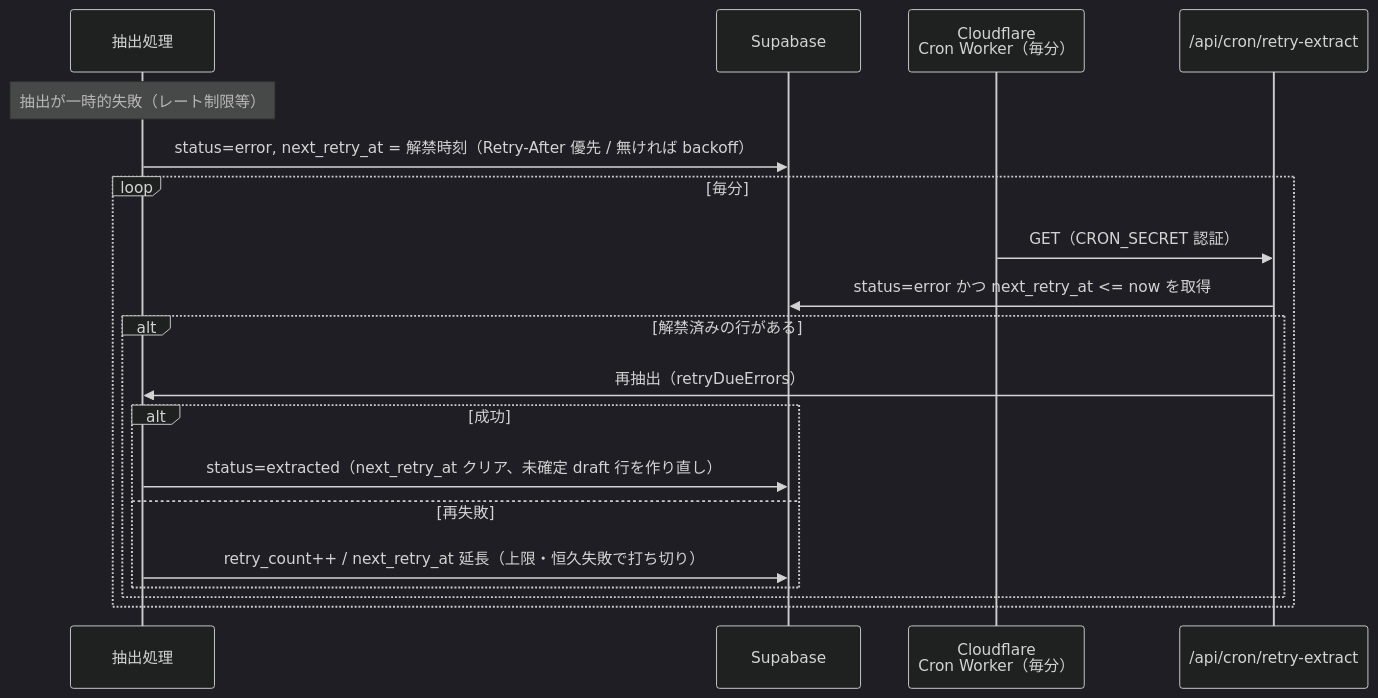
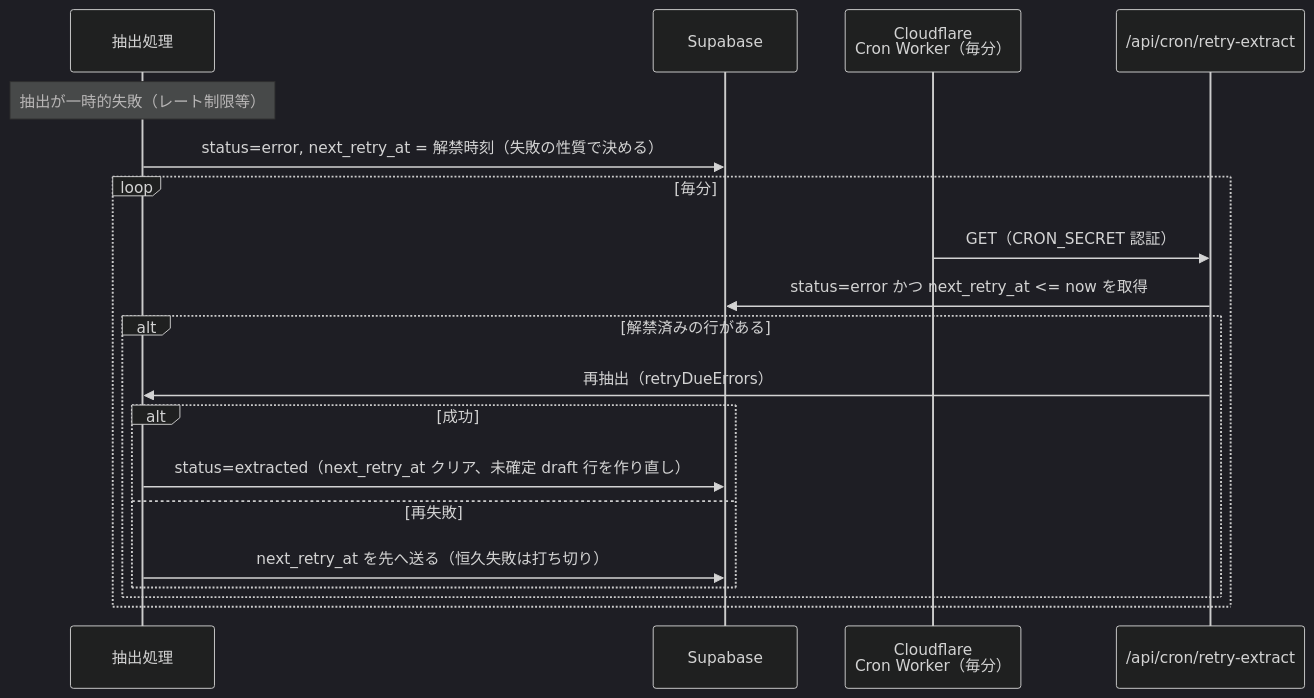
One commit to shidetake/triplot changed the second of 4 diagrams in docs/design/import-flow.md. Above: the diagram before and after it, drawn with Mermaid (dark theme). The commit also changed other lines of this file, not shown here.

````diff
--- a/docs/design/import-flow.md
+++ b/docs/design/import-flow.md
@@ -485,23 +485,23 @@
 ```mermaid
 sequenceDiagram
   participant API as 抽出処理
   participant DB as Supabase
   participant HB as Cloudflare<br/>Cron Worker（毎分）
   participant Cron as /api/cron/retry-extract
 
   Note over API: 抽出が一時的失敗（レート制限等）
-  API->>DB: status=error, next_retry_at = 解禁時刻（Retry-After 優先 / 無ければ backoff）
+  API->>DB: status=error, next_retry_at = 解禁時刻（失敗の性質で決める）
 
   loop 毎分
     HB->>Cron: GET（CRON_SECRET 認証）
     Cron->>DB: status=error かつ next_retry_at <= now を取得
     alt 解禁済みの行がある
       Cron->>API: 再抽出（retryDueErrors）
       alt 成功
         API->>DB: status=extracted（next_retry_at クリア、未確定 draft 行を作り直し）
       else 再失敗
-        API->>DB: retry_count++ / next_retry_at 延長（上限・恒久失敗で打ち切り）
+        API->>DB: next_retry_at を先へ送る（恒久失敗は打ち切り）
       end
     end
   end
 ```
````
